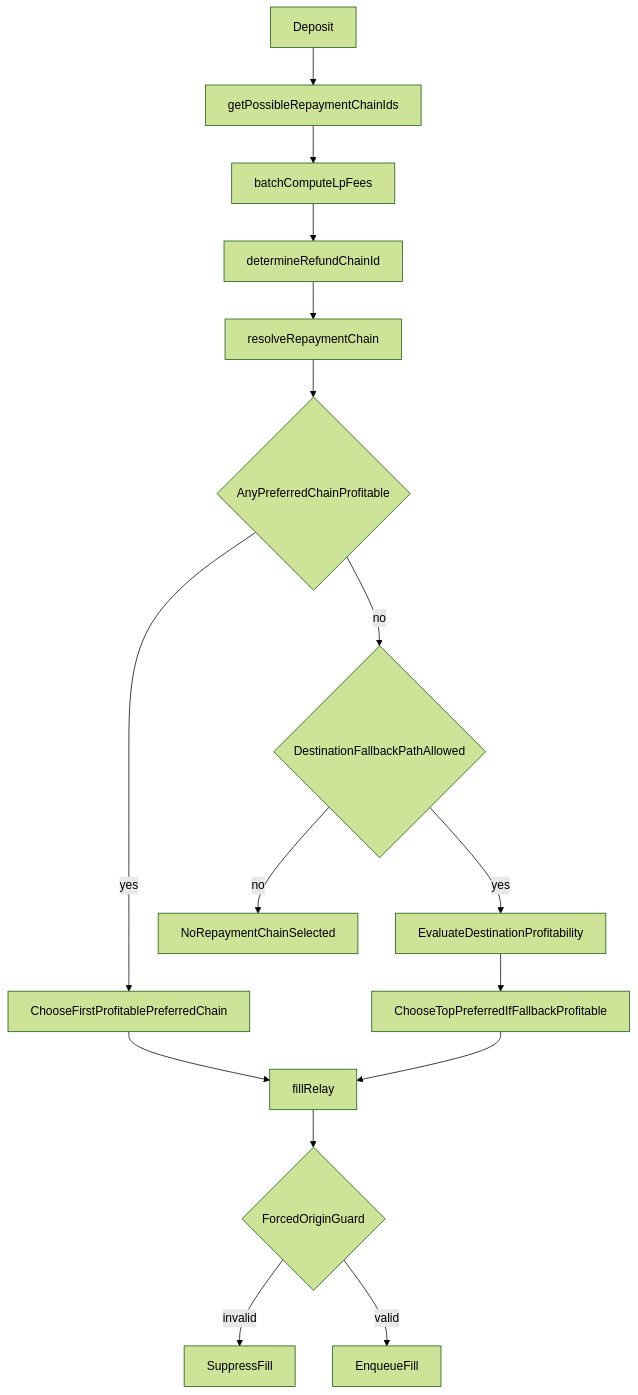
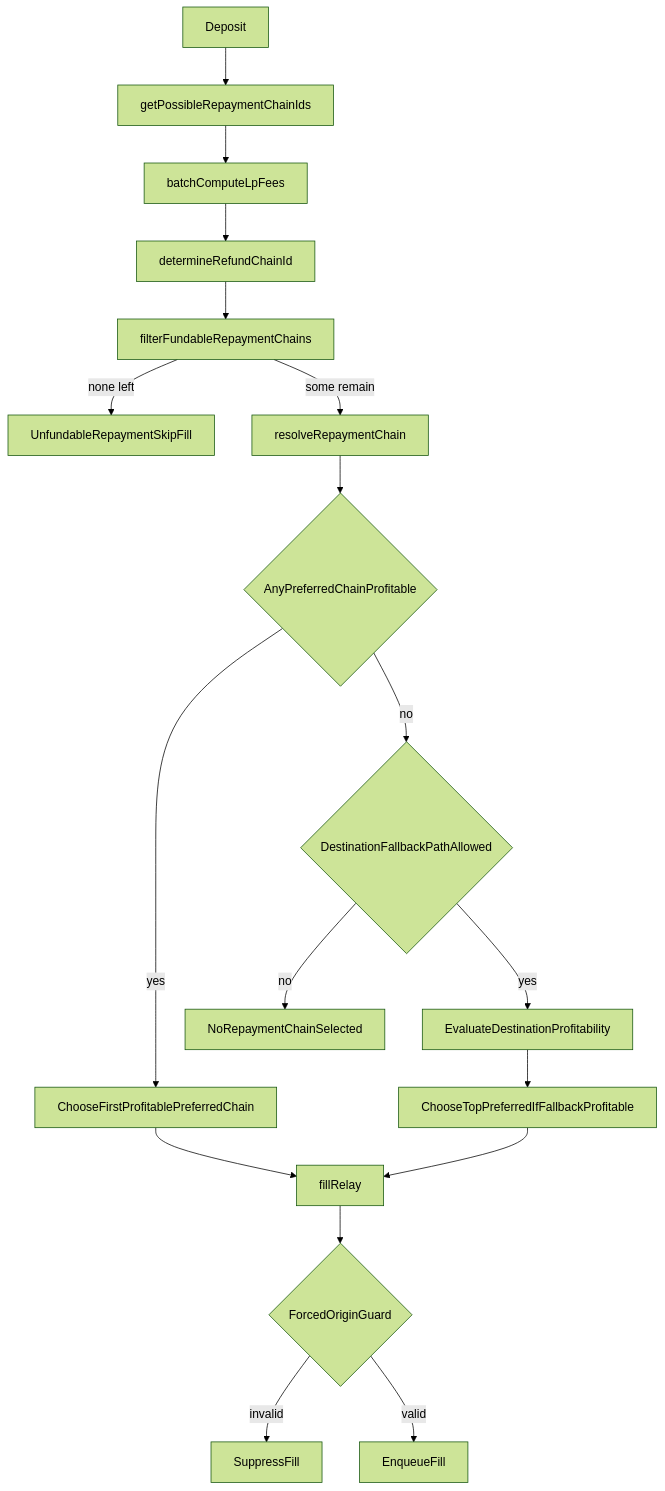
Before and after one commit to across-protocol/relayer: the diagram in docs/repayment-selection.md, drawn with Mermaid (forest theme). The commit also changed other lines of this file and 4 other files, not shown here.

````diff
--- a/docs/repayment-selection.md
+++ b/docs/repayment-selection.md
@@ -34,18 +34,20 @@
 ```mermaid
 flowchart TD
     deposit[Deposit] --> possible[getPossibleRepaymentChainIds]
     possible --> precompute[batchComputeLpFees]
     precompute --> eligible[determineRefundChainId]
-    eligible --> resolve[resolveRepaymentChain]
+    eligible --> fundable[filterFundableRepaymentChains]
+    fundable -->|none left| unfundable[UnfundableRepaymentSkipFill]
+    fundable -->|some remain| resolve[resolveRepaymentChain]
     resolve --> prof{AnyPreferredChainProfitable}
     prof -->|yes| firstProfitable[ChooseFirstProfitablePreferredChain]
     prof -->|no| fallback{DestinationFallbackPathAllowed}
     fallback -->|yes| fallbackProfit[EvaluateDestinationProfitability]
     fallback -->|no| none[NoRepaymentChainSelected]
     fallbackProfit --> chooseTop[ChooseTopPreferredIfFallbackProfitable]
     firstProfitable --> fill[fillRelay]
     chooseTop --> fill
     fill --> enforce{ForcedOriginGuard}
     enforce -->|invalid| suppress[SuppressFill]
     enforce -->|valid| enqueue[EnqueueFill]
 ```
````
